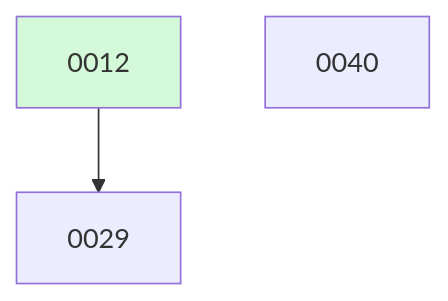
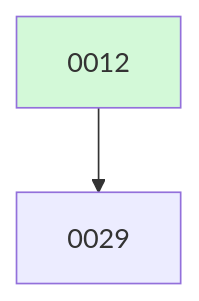
The diagram in docs/changes/BOARD.md (ethanhinson/fuse), drawn with Mermaid before and after one commit. The commit also changed other lines of this file, not shown here.

````diff
--- a/docs/changes/BOARD.md
+++ b/docs/changes/BOARD.md
@@ -17,7 +11,6 @@
 ```mermaid
 graph TD
   0012 --> 0029
-  0040
   0012:::done
   classDef done fill:#d3f9d8;
 ```
````
